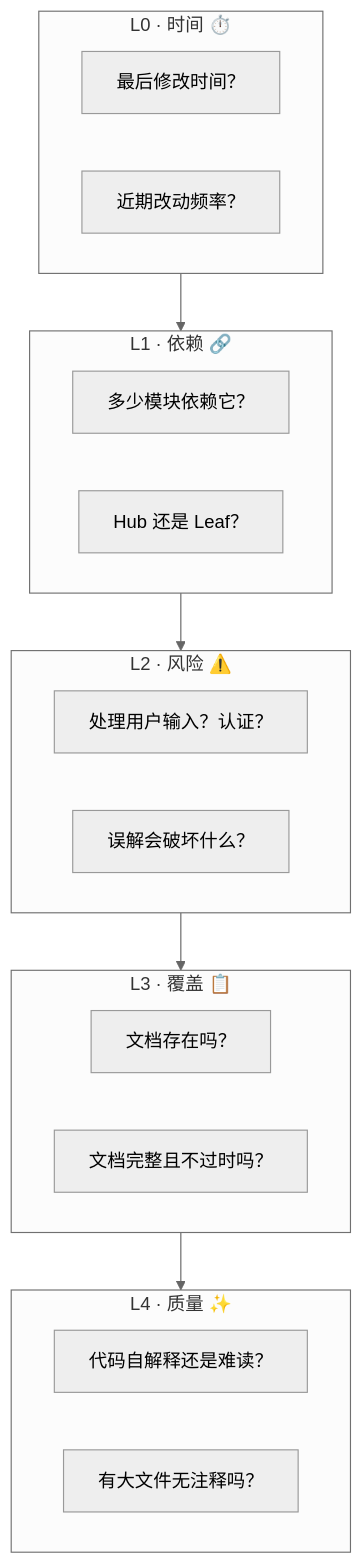
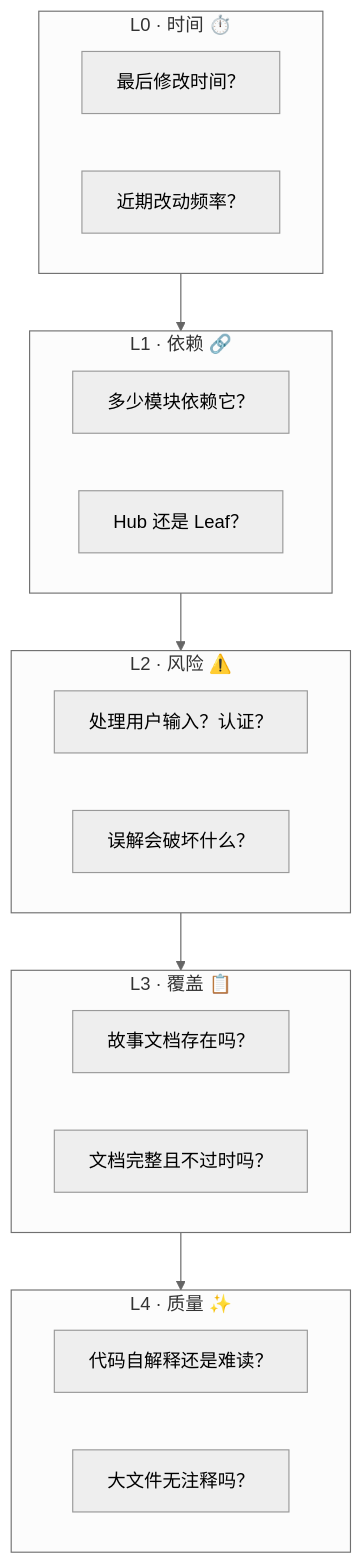
Before and after one commit to effiy/YrY: the second of 4 diagrams in skills/rui/recommend-criteria.md, drawn with Mermaid (neutral theme). The commit also changed other lines of this file and 5 other files, not shown here.

````diff
--- a/skills/rui/recommend-criteria.md
+++ b/skills/rui/recommend-criteria.md
@@ -9,25 +29,25 @@
 ```mermaid
 flowchart TB
     subgraph L0["L0 · 时间 ⏱️"]
         L0A["最后修改时间？"]
         L0B["近期改动频率？"]
     end
     subgraph L1["L1 · 依赖 🔗"]
         L1A["多少模块依赖它？"]
         L1B["Hub 还是 Leaf？"]
     end
     subgraph L2["L2 · 风险 ⚠️"]
         L2A["处理用户输入？认证？"]
         L2B["误解会破坏什么？"]
     end
     subgraph L3["L3 · 覆盖 📋"]
-        L3A["文档存在吗？"]
+        L3A["故事文档存在吗？"]
         L3B["文档完整且不过时吗？"]
     end
     subgraph L4["L4 · 质量 ✨"]
         L4A["代码自解释还是难读？"]
-        L4B["有大文件无注释吗？"]
+        L4B["大文件无注释吗？"]
     end
 
     L0 --> L1 --> L2 --> L3 --> L4
 ```
````
